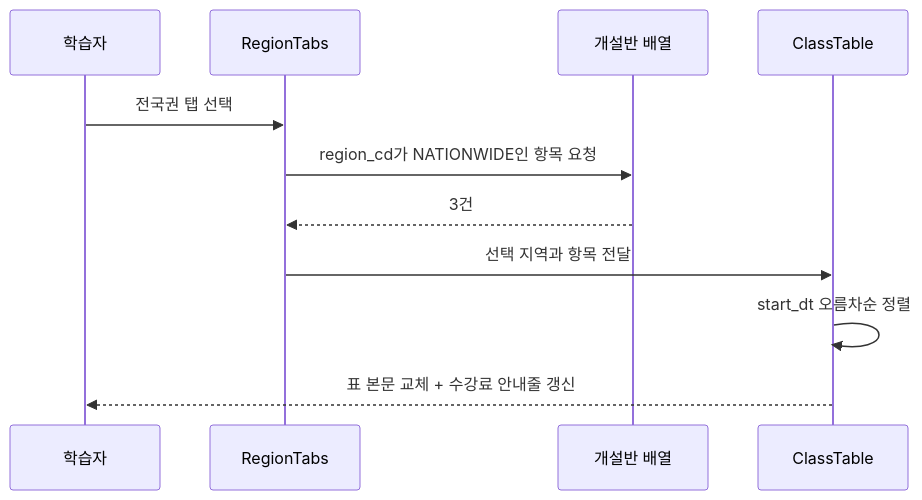
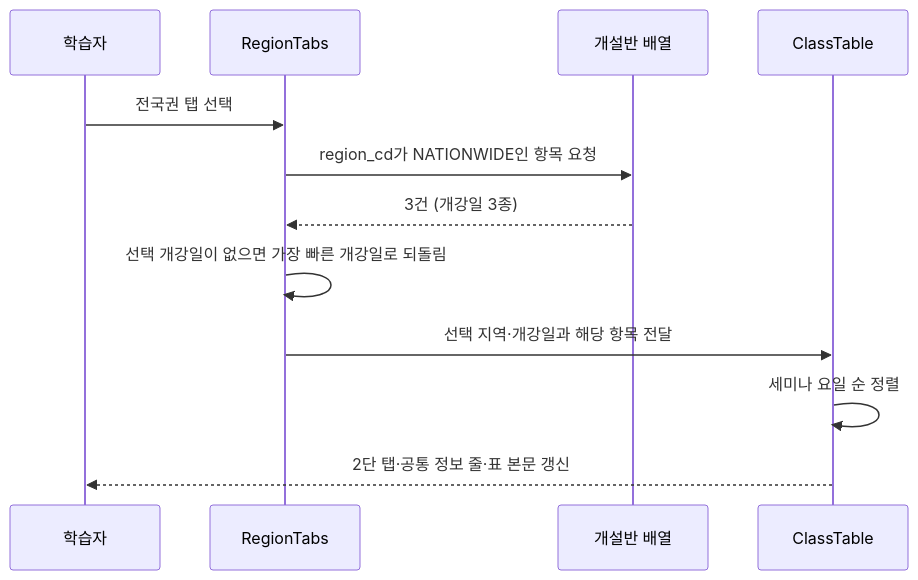
Before and after one commit to juhuikim-baeoom/baeron-practice-page-redesign: the second of 2 diagrams in docs/superpowers/specs/2026-08-20-사회복지현장실습-페이지-개편-design.md, drawn with Mermaid. The commit also changed other lines of this file and 2 other files, not shown here.

````diff
--- a/docs/superpowers/specs/2026-08-20-사회복지현장실습-페이지-개편-design.md
+++ b/docs/superpowers/specs/2026-08-20-사회복지현장실습-페이지-개편-design.md
@@ -261,14 +271,15 @@
 ```mermaid
 sequenceDiagram
     participant U as 학습자
     participant T as RegionTabs
     participant D as 개설반 배열
     participant C as ClassTable
 
     U->>T: 전국권 탭 선택
     T->>D: region_cd가 NATIONWIDE인 항목 요청
-    D-->>T: 3건
-    T->>C: 선택 지역과 항목 전달
-    C->>C: start_dt 오름차순 정렬
-    C-->>U: 표 본문 교체 + 수강료 안내줄 갱신
+    D-->>T: 3건 (개강일 3종)
+    T->>T: 선택 개강일이 없으면 가장 빠른 개강일로 되돌림
+    T->>C: 선택 지역·개강일과 해당 항목 전달
+    C->>C: 세미나 요일 순 정렬
+    C-->>U: 2단 탭·공통 정보 줄·표 본문 갱신
 ```
````
